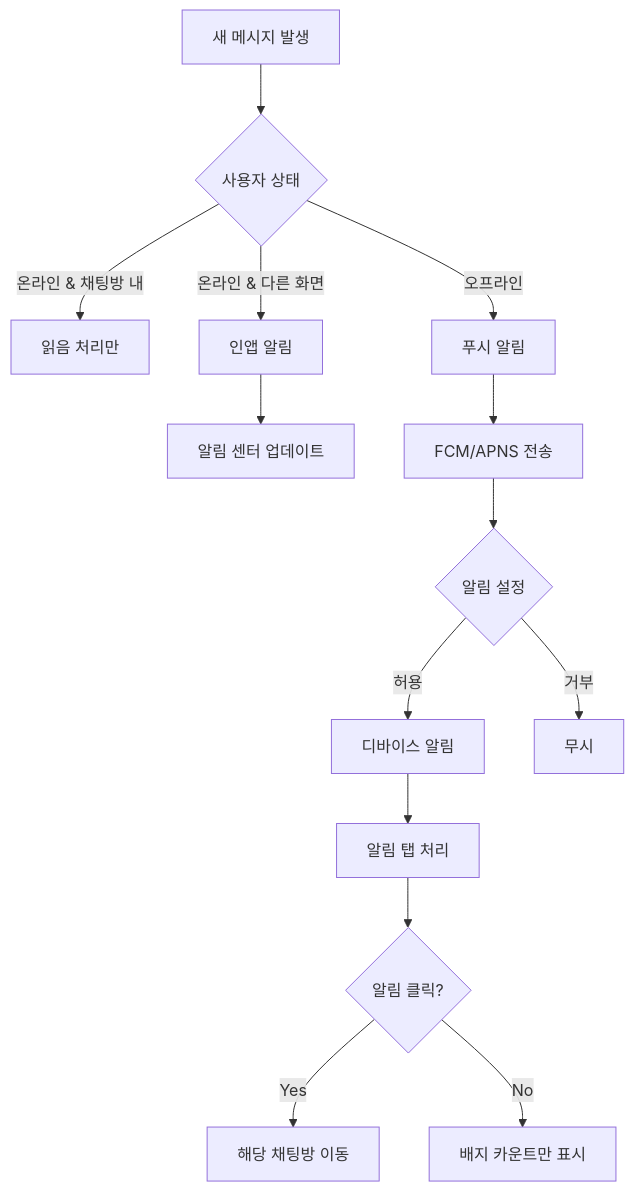
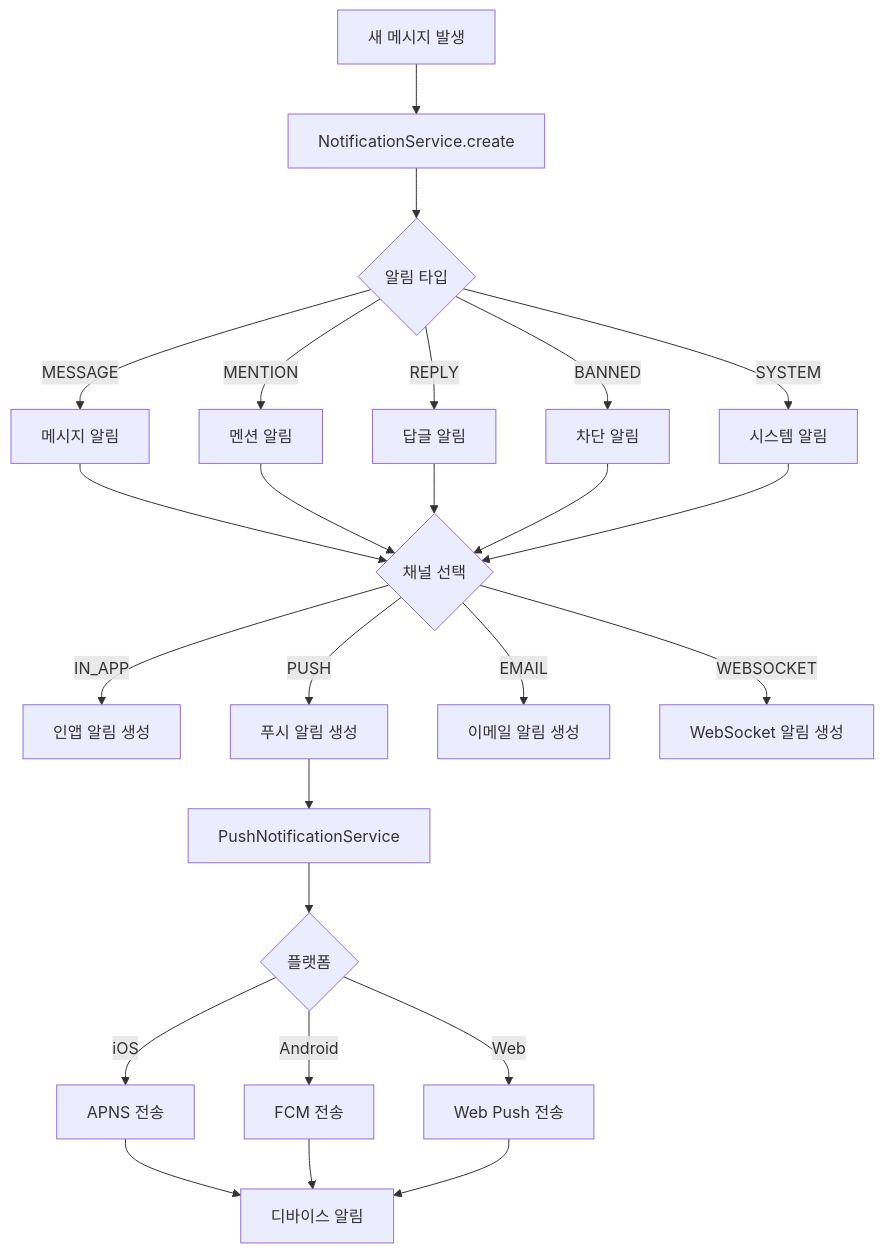
Before and after one commit to maximizest/connecto-nest: the ninth of 34 diagrams in .md/flow.md, drawn with Mermaid. The commit also changed other lines of this file and 2 other files, not shown here.

Commit message:
관리자 및 조정 기능 문서 업데이트: Admin 엔티티를 User 엔티티의 role로 통합하고, 관련 API 엔드포인트를 Moderation 섹션으로 이동하여 사용자 차단 및 벤 기능을 명확히 설명함. WebSocket 서비스 아키텍처와 Rate Limiting 시스템을 추가하여 실시간 통신 및 사용자 관리 기능을 강화함.

````diff
--- a/.md/flow.md
+++ b/.md/flow.md
@@ -365,20 +430,33 @@
 ```mermaid
 graph TD
-    A[새 메시지 발생] --> B{사용자 상태}
-
-    B -->|온라인 & 채팅방 내| C[읽음 처리만]
-    B -->|온라인 & 다른 화면| D[인앱 알림]
-    B -->|오프라인| E[푸시 알림]
-
-    D --> F[알림 센터 업데이트]
-    E --> G[FCM/APNS 전송]
-
-    G --> H{알림 설정}
-    H -->|허용| I[디바이스 알림]
-    H -->|거부| J[무시]
-
-    I --> K[알림 탭 처리]
-    K --> L{알림 클릭?}
-    L -->|Yes| M[해당 채팅방 이동]
-    L -->|No| N[배지 카운트만 표시]
+    A[새 메시지 발생] --> B[NotificationService.create]
+    B --> C{알림 타입}
+    
+    C -->|MESSAGE| D[메시지 알림]
+    C -->|MENTION| E[멘션 알림]
+    C -->|REPLY| F[답글 알림]
+    C -->|BANNED| G[차단 알림]
+    C -->|SYSTEM| H[시스템 알림]
+    
+    D --> I{채널 선택}
+    E --> I
+    F --> I
+    G --> I
+    H --> I
+    
+    I -->|IN_APP| J[인앱 알림 생성]
+    I -->|PUSH| K[푸시 알림 생성]
+    I -->|EMAIL| L[이메일 알림 생성]
+    I -->|WEBSOCKET| M[WebSocket 알림 생성]
+    
+    K --> N[PushNotificationService]
+    N --> O{플랫폼}
+    
+    O -->|iOS| P[APNS 전송]
+    O -->|Android| Q[FCM 전송]
+    O -->|Web| R[Web Push 전송]
+    
+    P --> S[디바이스 알림]
+    Q --> S
+    R --> S
 ```
````
